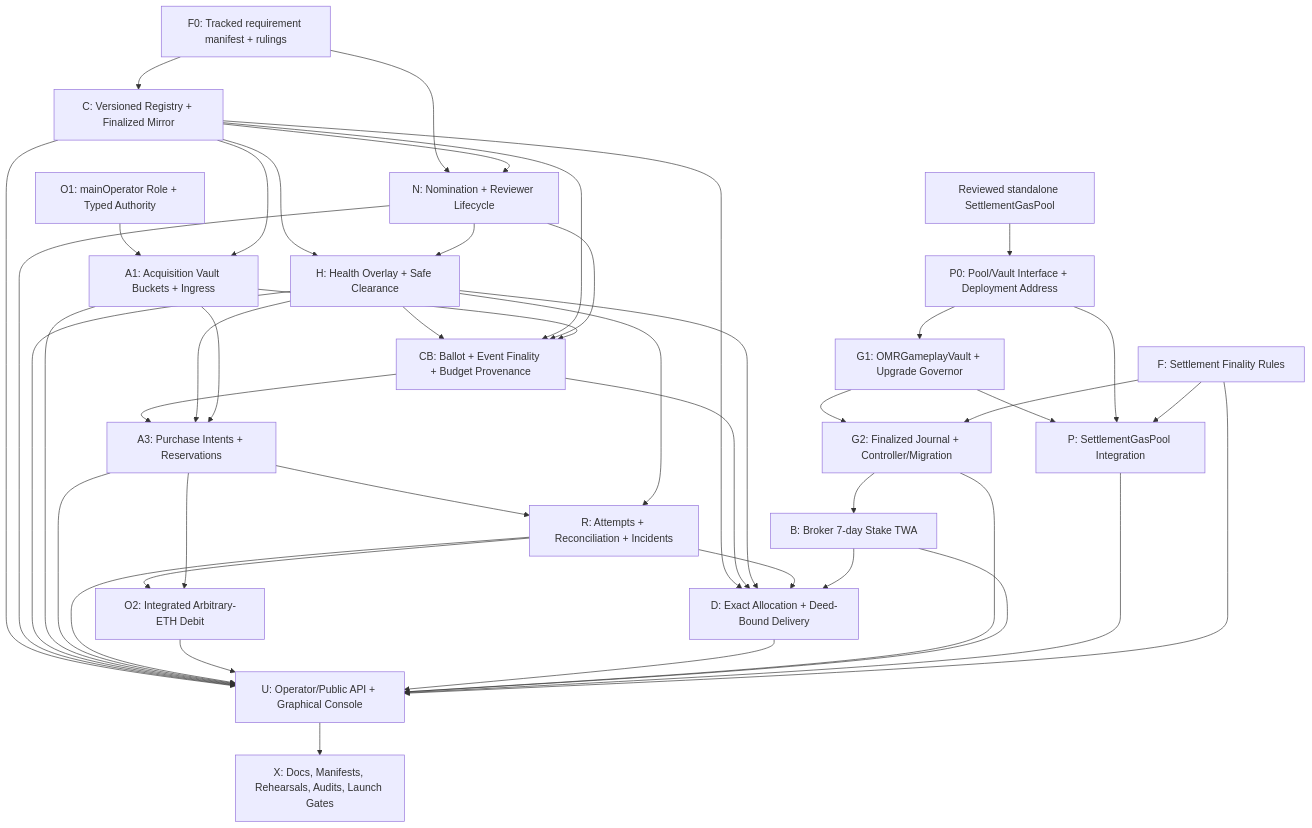
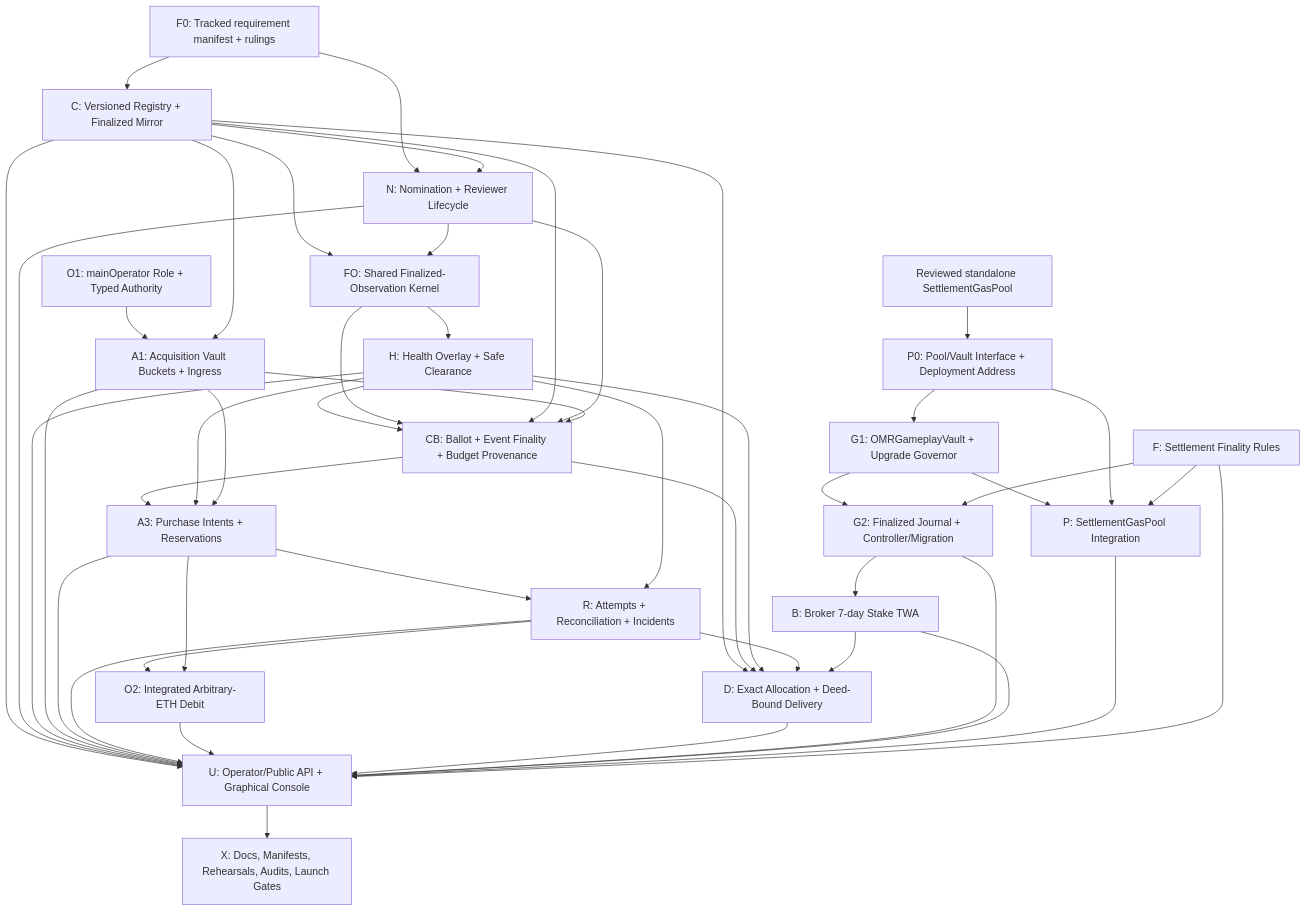
Before and after one commit to OmertaDev/Omerta: the diagram in docs/superpowers/specs/2026-08-26-grill-completion.md, drawn with Mermaid. The commit also changed other lines of this file and 1 other file, not shown here.

Commit message:
docs: split shared finalized observation kernel

````diff
--- a/docs/superpowers/specs/2026-08-26-grill-completion.md
+++ b/docs/superpowers/specs/2026-08-26-grill-completion.md
@@ -145,47 +152,49 @@
 ```mermaid
 flowchart TD
   F0["F0: Tracked requirement manifest + rulings"] --> C["C: Versioned Registry + Finalized Mirror"]
   F0 --> N["N: Nomination + Reviewer Lifecycle"]
   C --> N
-  C --> H["H: Health Overlay + Safe Clearance"]
-  N --> H
+  C --> FO["FO: Shared Finalized-Observation Kernel"]
+  N --> FO
+  FO --> H["H: Health Overlay + Safe Clearance"]
   O1["O1: mainOperator Role + Typed Authority"] --> A1["A1: Acquisition Vault Buckets + Ingress"]
   C --> A1
   H --> CB["CB: Ballot + Event Finality + Budget Provenance"]
+  FO --> CB
   C --> CB
   N --> CB
   A1 --> CB
   CB --> A3["A3: Purchase Intents + Reservations"]
   H --> A3
   A1 --> A3
   A3 --> R["R: Attempts + Reconciliation + Incidents"]
   H --> R
   R --> O2["O2: Integrated Arbitrary-ETH Debit"]
   A3 --> O2
   SGP["Reviewed standalone SettlementGasPool"] --> P0["P0: Pool/Vault Interface + Deployment Address"]
   P0 --> G1["G1: OMRGameplayVault + Upgrade Governor"]
   G1 --> G2["G2: Finalized Journal + Controller/Migration"]
   FR["F: Settlement Finality Rules"] --> G2
   G2 --> B["B: Broker 7-day Stake TWA"]
   G1 --> P["P: SettlementGasPool Integration"]
   P0 --> P
   FR --> P
   C --> D["D: Exact Allocation + Deed-Bound Delivery"]
   CB --> D
   H --> D
   R --> D
   B --> D
   C --> U["U: Operator/Public API + Graphical Console"]
   N --> U
   H --> U
   A1 --> U
   A3 --> U
   R --> U
   O2 --> U
   D --> U
   G2 --> U
   B --> U
   P --> U
   FR --> U
   U --> X["X: Docs, Manifests, Rehearsals, Audits, Launch Gates"]
 ```
````
